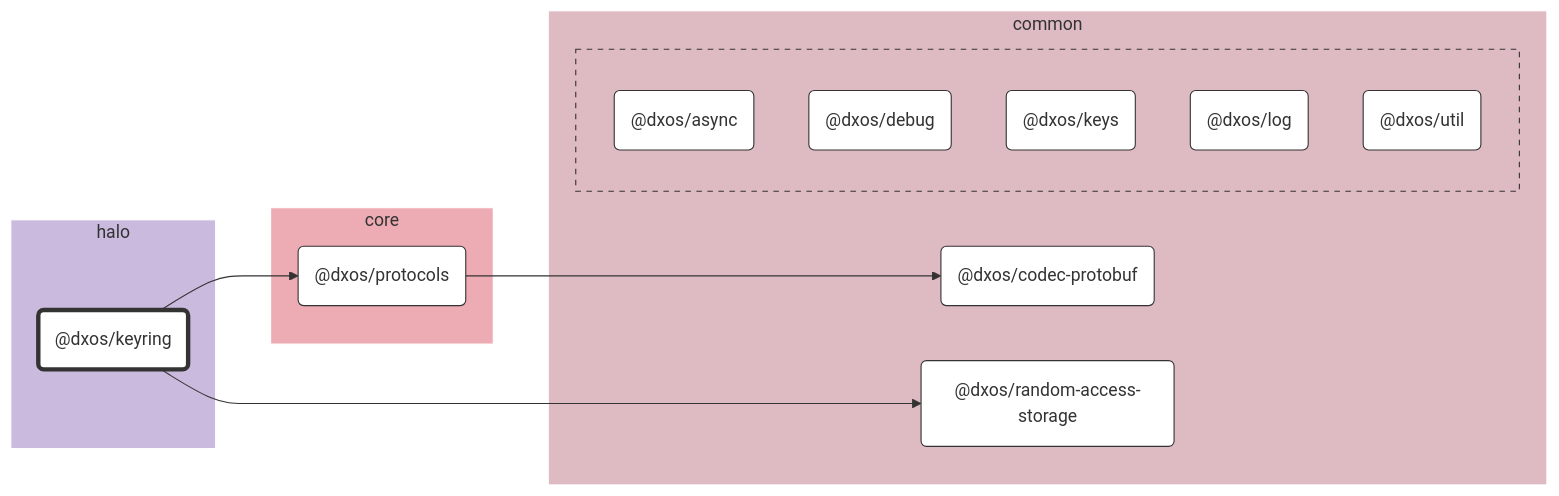
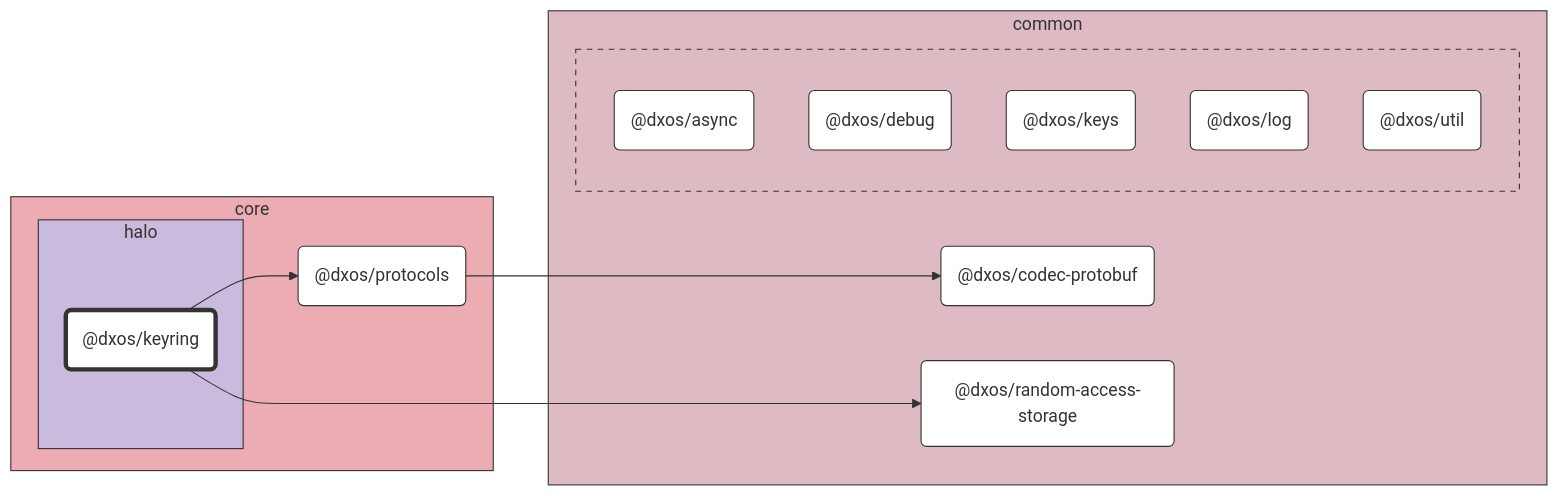
The diagram in packages/core/halo/keyring/docs/README.md (dxos/dxos), drawn with Mermaid before and after one commit. The commit also changed 89 other files, not shown here.

````diff
--- a/packages/core/halo/keyring/docs/README.md
+++ b/packages/core/halo/keyring/docs/README.md
@@ -7,51 +7,51 @@
 ```mermaid
 %%{ init: {'flowchart':{'curve':'basis'}} }%%
 
 flowchart LR
 
 %% Classes
 classDef def fill:#fff,stroke:#333,stroke-width:1px
 classDef root fill:#fff,stroke:#333,stroke-width:4px
 
 %% Nodes
 
-subgraph halo [halo]
-  style halo fill:#cabade,stroke:#fff
-  dxos/keyring("@dxos/keyring"):::root
-  click dxos/keyring "dxos/dxos/tree/main/packages/core/halo/keyring/docs"
+subgraph core [core]
+  style core fill:#edabb3,stroke:#333
+  dxos/protocols("@dxos/protocols"):::def
+  click dxos/protocols "dxos/dxos/tree/main/packages/core/protocols/docs"
+
+  subgraph halo [halo]
+    style halo fill:#cabade,stroke:#333
+    dxos/keyring("@dxos/keyring"):::root
+    click dxos/keyring "dxos/dxos/tree/main/packages/core/halo/keyring/docs"
+  end
 end
 
 subgraph common [common]
-  style common fill:#debac2,stroke:#fff
+  style common fill:#debac2,stroke:#333
   dxos/codec-protobuf("@dxos/codec-protobuf"):::def
   click dxos/codec-protobuf "dxos/dxos/tree/main/packages/common/codec-protobuf/docs"
   dxos/random-access-storage("@dxos/random-access-storage"):::def
   click dxos/random-access-storage "dxos/dxos/tree/main/packages/common/random-access-storage/docs"
 
-  subgraph common-excluded [ ]
-    style common-excluded fill:#debac2,stroke:#333,stroke-dasharray:5 5
+  subgraph _ [ ]
+    style _ fill:#debac2,stroke:#333,stroke-dasharray:5 5
     dxos/async("@dxos/async"):::def
     click dxos/async "dxos/dxos/tree/main/packages/common/async/docs"
     dxos/debug("@dxos/debug"):::def
     click dxos/debug "dxos/dxos/tree/main/packages/common/debug/docs"
     dxos/keys("@dxos/keys"):::def
     click dxos/keys "dxos/dxos/tree/main/packages/common/keys/docs"
     dxos/log("@dxos/log"):::def
     click dxos/log "dxos/dxos/tree/main/packages/common/log/docs"
     dxos/util("@dxos/util"):::def
     click dxos/util "dxos/dxos/tree/main/packages/common/util/docs"
   end
 end
 
-subgraph core [core]
-  style core fill:#edabb3,stroke:#fff
-  dxos/protocols("@dxos/protocols"):::def
-  click dxos/protocols "dxos/dxos/tree/main/packages/core/protocols/docs"
-end
-
 %% Links
 linkStyle default stroke:#333,stroke-width:1px
 dxos/keyring --> dxos/protocols
 dxos/protocols --> dxos/codec-protobuf
 dxos/keyring --> dxos/random-access-storage
 ```
````
